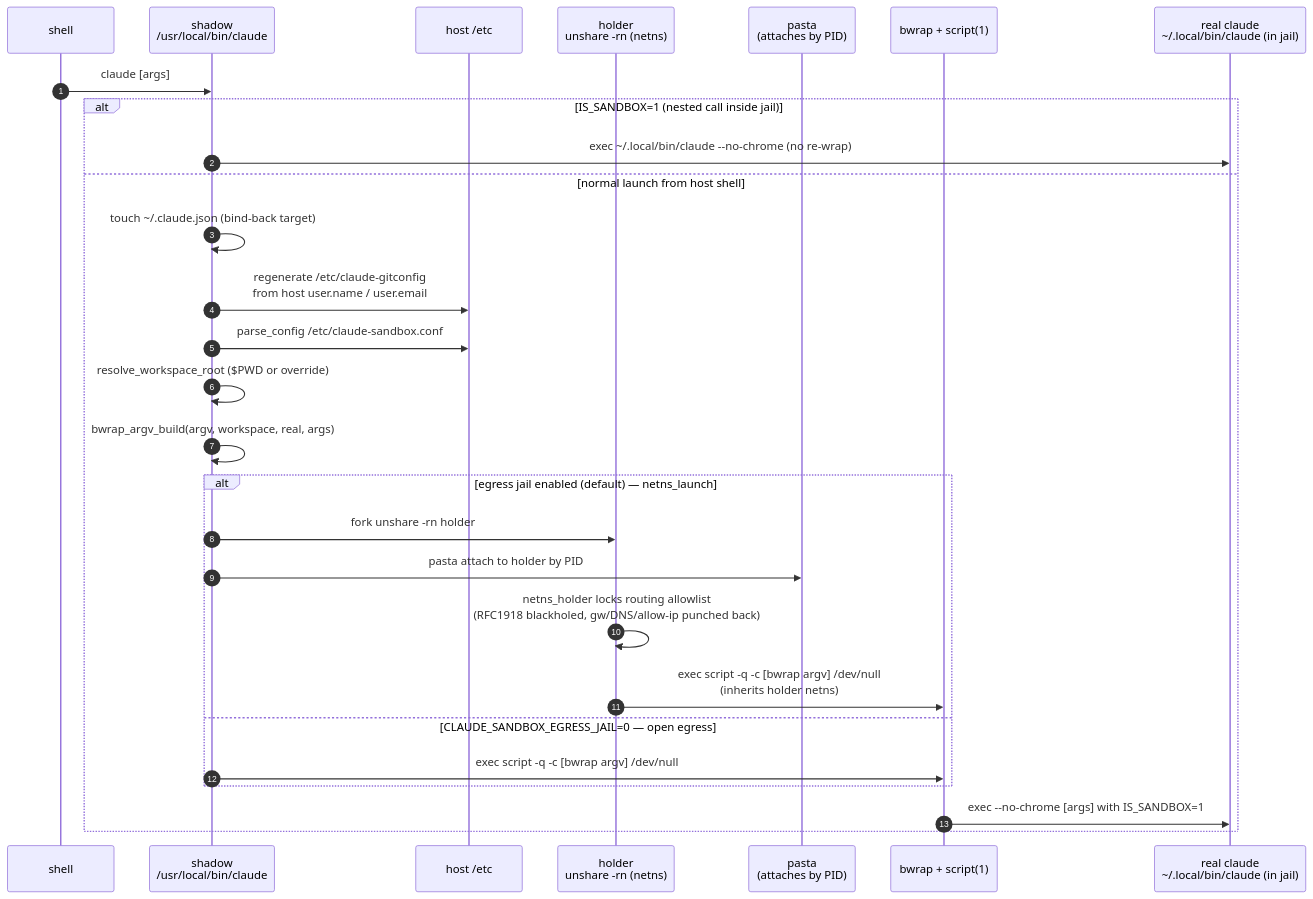
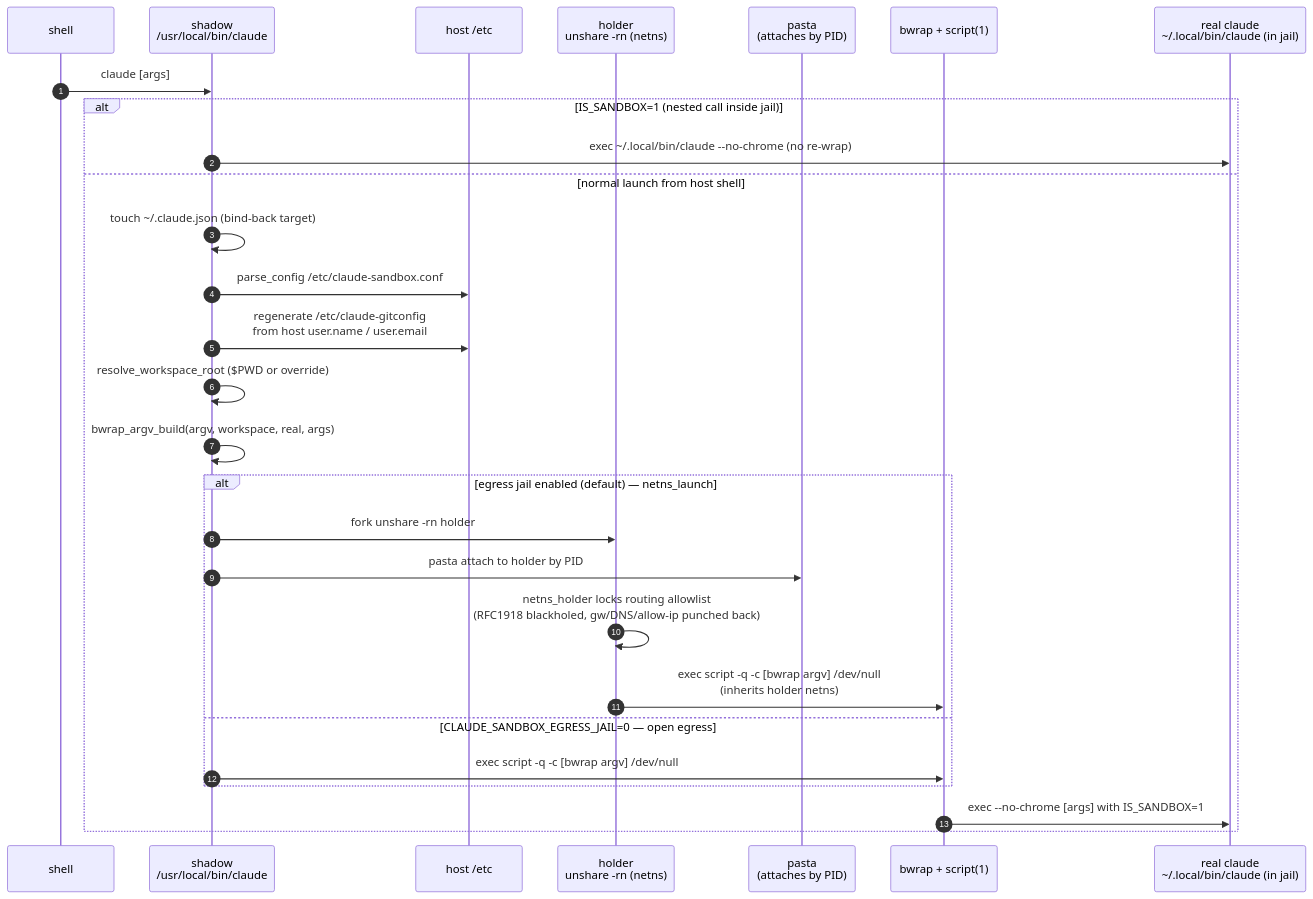
The second of 4 diagrams in docs/explanations/architecture.md (DiamondLightSource/claude-sandbox), drawn with Mermaid before and after one commit. The commit also changed other lines of this file and 6 other files, not shown here.

````diff
--- a/docs/explanations/architecture.md
+++ b/docs/explanations/architecture.md
@@ -127,31 +127,31 @@
 ```{mermaid}
 sequenceDiagram
     autonumber
     participant U as shell
     participant S as shadow<br/>/usr/local/bin/claude
     participant FS as host /etc
     participant H as holder<br/>unshare -rn (netns)
     participant P as pasta<br/>(attaches by PID)
     participant B as bwrap + script(1)
     participant R as real claude<br/>~/.local/bin/claude (in jail)
 
     U->>S: claude [args]
     alt IS_SANDBOX=1 (nested call inside jail)
         S->>R: exec ~/.local/bin/claude --no-chrome (no re-wrap)
     else normal launch from host shell
         S->>S: touch ~/.claude.json (bind-back target)
+        S->>FS: parse_config /etc/claude-sandbox.conf
         S->>FS: regenerate /etc/claude-gitconfig<br/>from host user.name / user.email
-        S->>FS: parse_config /etc/claude-sandbox.conf
         S->>S: resolve_workspace_root ($PWD or override)
         S->>S: bwrap_argv_build(argv, workspace, real, args)
         alt egress jail enabled (default) — netns_launch
             S->>H: fork unshare -rn holder
             S->>P: pasta attach to holder by PID
             H->>H: netns_holder locks routing allowlist<br/>(RFC1918 blackholed, gw/DNS/allow-ip punched back)
             H->>B: exec script -q -c [bwrap argv] /dev/null<br/>(inherits holder netns)
         else CLAUDE_SANDBOX_EGRESS_JAIL=0 — open egress
             S->>B: exec script -q -c [bwrap argv] /dev/null
         end
         B->>R: exec --no-chrome [args] with IS_SANDBOX=1
     end
 ```
````
